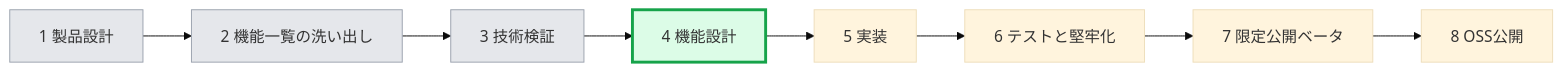
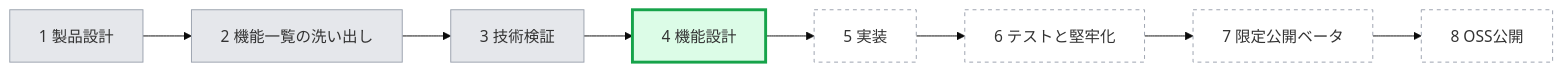
Before and after one commit to mgmaru/algo-loom: the first of 2 diagrams in TODO.md, drawn with Mermaid (base theme). The commit also changed other lines of this file, not shown here.

First line of the commit message:
Add legends to both diagrams in the TODO list

````diff
--- a/TODO.md
+++ b/TODO.md
@@ -32,10 +32,14 @@
 ```mermaid
 flowchart LR
     S1[1 製品設計] --> S2[2 機能一覧の洗い出し] --> S3[3 技術検証] --> S4[4 機能設計]
     S4 --> S5[5 実装] --> S6[6 テストと堅牢化] --> S7[7 限定公開ベータ] --> S8[8 OSS公開]
 
     style S1 fill:#e5e7eb,stroke:#9ca3af
     style S2 fill:#e5e7eb,stroke:#9ca3af
     style S3 fill:#e5e7eb,stroke:#9ca3af
     style S4 fill:#dcfce7,stroke:#16a34a,stroke-width:3px
+    style S5 fill:#ffffff,stroke:#9ca3af,stroke-dasharray: 4 4
+    style S6 fill:#ffffff,stroke:#9ca3af,stroke-dasharray: 4 4
+    style S7 fill:#ffffff,stroke:#9ca3af,stroke-dasharray: 4 4
+    style S8 fill:#ffffff,stroke:#9ca3af,stroke-dasharray: 4 4
 ```
````
